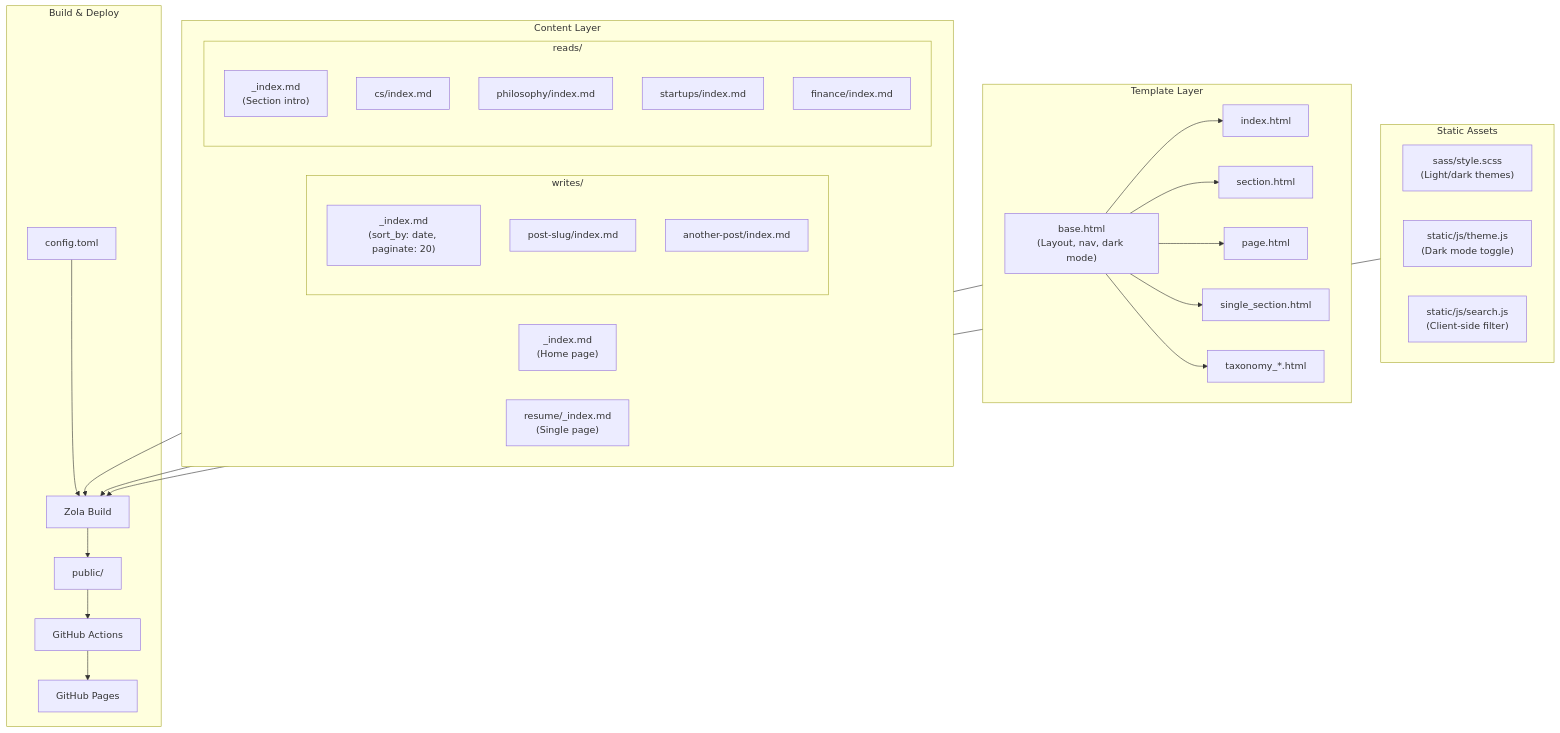
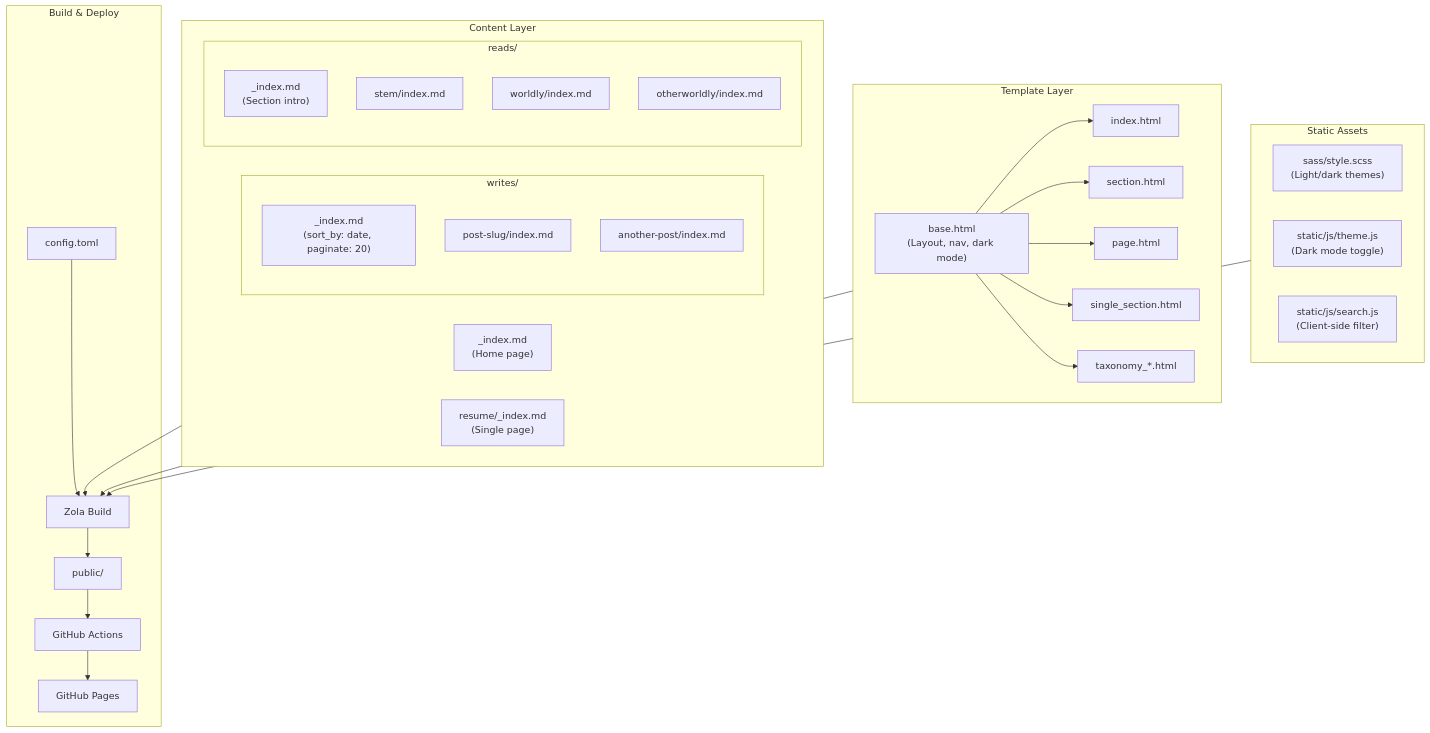
The first of 3 diagrams in README.md (harsh-ps-2003/harsh-ps-2003.github.io), drawn with Mermaid before and after one commit. The commit also changed other lines of this file, not shown here.

````diff
--- a/README.md
+++ b/README.md
@@ -9,59 +9,58 @@
 ```mermaid
 flowchart TB
     subgraph content ["Content Layer"]
         home["_index.md<br/>(Home page)"]
         
         subgraph writes ["writes/"]
             writes_index["_index.md<br/>(sort_by: date, paginate: 20)"]
             post1["post-slug/index.md"]
             post2["another-post/index.md"]
         end
         
         subgraph reads ["reads/"]
             reads_index["_index.md<br/>(Section intro)"]
-            cs["cs/index.md"]
-            philosophy["philosophy/index.md"]
-            startups["startups/index.md"]
-            finance["finance/index.md"]
+            stem["stem/index.md"]
+            worldly["worldly/index.md"]
+            otherworldly["otherworldly/index.md"]
         end
         
         resume["resume/_index.md<br/>(Single page)"]
     end
     
     subgraph templates ["Template Layer"]
         base["base.html<br/>(Layout, nav, dark mode)"]
         index_tpl["index.html"]
         section_tpl["section.html"]
         page_tpl["page.html"]
         single_section["single_section.html"]
         taxonomy["taxonomy_*.html"]
         
         base --> index_tpl
         base --> section_tpl
         base --> page_tpl
         base --> single_section
         base --> taxonomy
     end
     
     subgraph assets ["Static Assets"]
         scss["sass/style.scss<br/>(Light/dark themes)"]
         theme_js["static/js/theme.js<br/>(Dark mode toggle)"]
         search_js["static/js/search.js<br/>(Client-side filter)"]
     end
     
     subgraph build ["Build & Deploy"]
         config["config.toml"]
         zola["Zola Build"]
         public["public/"]
         gh_actions["GitHub Actions"]
         gh_pages["GitHub Pages"]
     end
     
     content --> zola
     templates --> zola
     assets --> zola
     config --> zola
     zola --> public
     public --> gh_actions
     gh_actions --> gh_pages
 ```
````
